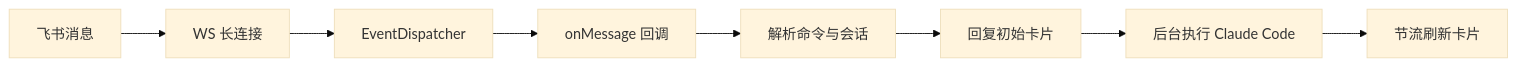
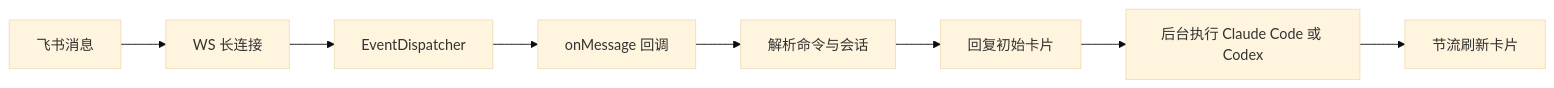
Before and after one commit to CerrorJ/Agent-Team: the diagram in openwiki/quickstart.md, drawn with Mermaid (base theme). The commit also changed other lines of this file and 9 other files, not shown here.

````diff
--- a/openwiki/quickstart.md
+++ b/openwiki/quickstart.md
@@ -71,10 +76,10 @@
 ```mermaid
 flowchart LR
     A["飞书消息"] --> B["WS 长连接"]
     B --> C["EventDispatcher"]
     C --> D["onMessage 回调"]
     D --> E["解析命令与会话"]
     E --> F["回复初始卡片"]
-    F --> G["后台执行 Claude Code"]
+    F --> G["后台执行 Claude Code 或 Codex"]
     G --> H["节流刷新卡片"]
 ```
````
